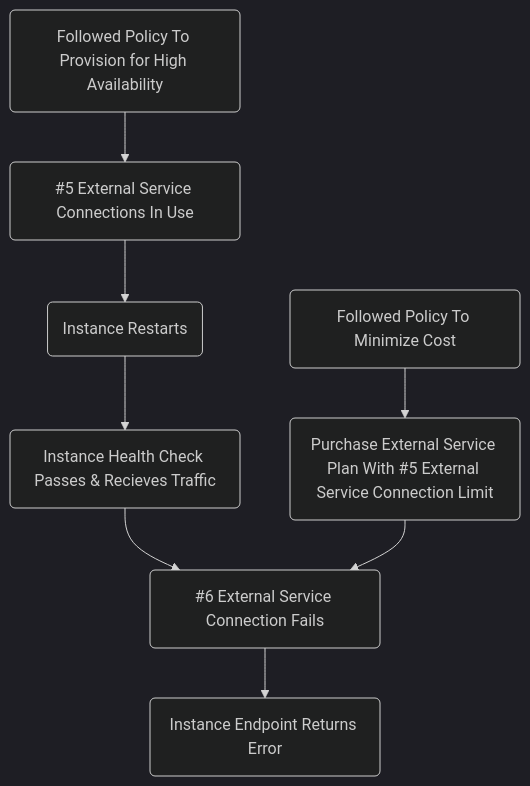
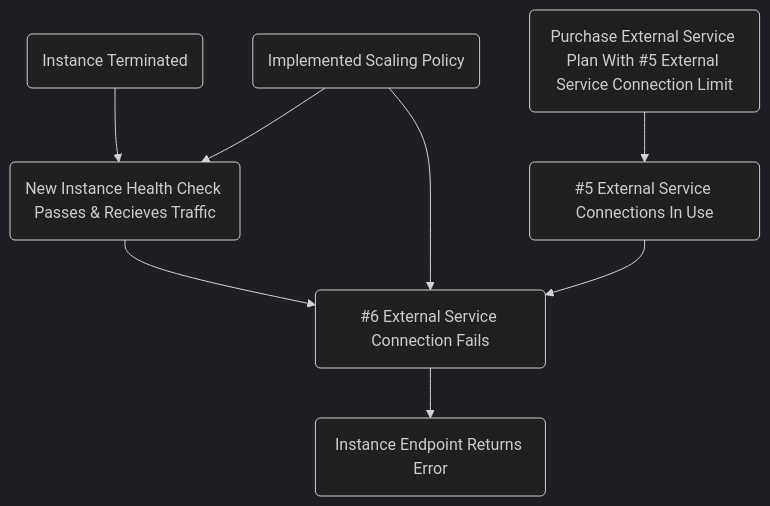
Before and after one commit to jamesmoriarty/jamesmoriarty.github.io: the diagram in content/post/causal-diagrams.md, drawn with Mermaid (dark theme). The commit also changed other lines of this file, not shown here.

Commit message:
refinement: improve example.

````diff
--- a/content/post/causal-diagrams.md
+++ b/content/post/causal-diagrams.md
@@ -19,16 +19,17 @@
 ```mermaid
 graph TD
-  A(Instance Restarts)
-  B(Instance Health Check Passes & Recieves Traffic)
+  A(Instance Terminated)
+  B(New Instance Health Check Passes & Recieves Traffic)
   C(#6 External Service Connection Fails)
   D(Instance Endpoint Returns Error)
   E(Purchase External Service Plan With #5 External Service Connection Limit)
   F(#5 External Service Connections In Use)
-  G(Followed Policy To Minimize Cost)
-  H(Followed Policy To Provision for High Availability)
+  I(Implemented Scaling Policy)
+
   
   A --> B --> C --> D
-  G --> E --> C
-  H --> F
-  F --> A
+  E --> F
+  I --> B
+  I --> C
+  F --> C
 ```
````
